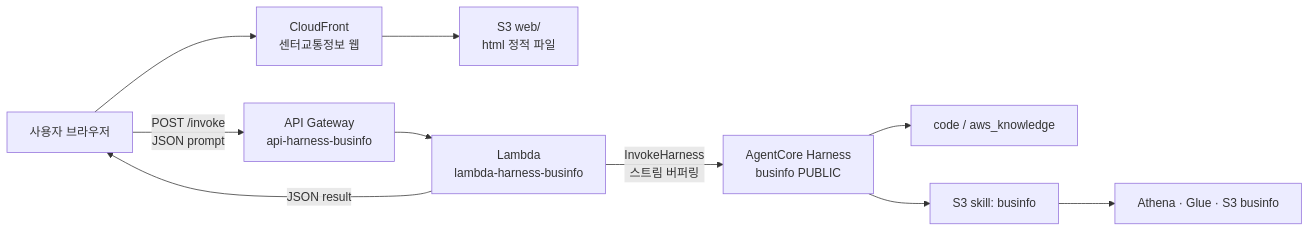
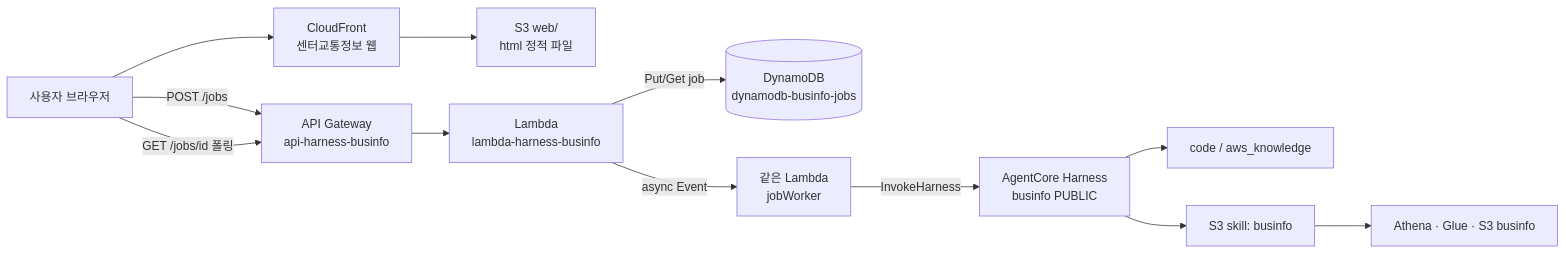
One commit to kyopark2014/data-analytics-for-businfo changed the third of 3 diagrams in README.md. Above: the diagram before and after it, drawn with Mermaid. The commit also changed other lines of this file and 7 other files, not shown here.

First line of the commit message:
Use async jobs API to avoid API Gateway 29s timeout on analytics queries.

````diff
--- a/README.md
+++ b/README.md
@@ -111,12 +165,14 @@
 ```mermaid
 flowchart LR
   User["사용자 브라우저"] --> CF["CloudFront<br/>센터교통정보 웹"]
   CF --> S3Web["S3 web/<br/>html 정적 파일"]
-  User -->|"POST /invoke<br/>JSON prompt"| APIGW["API Gateway<br/>api-harness-businfo"]
+  User -->|"POST /jobs"| APIGW["API Gateway<br/>api-harness-businfo"]
+  User -->|"GET /jobs/id 폴링"| APIGW
   APIGW --> LambdaH["Lambda<br/>lambda-harness-businfo"]
-  LambdaH -->|"InvokeHarness<br/>스트림 버퍼링"| Harness["AgentCore Harness<br/>businfo PUBLIC"]
+  LambdaH -->|"Put/Get job"| Jobs[("DynamoDB<br/>dynamodb-businfo-jobs")]
+  LambdaH -->|"async Event"| Worker["같은 Lambda<br/>jobWorker"]
+  Worker -->|"InvokeHarness"| Harness["AgentCore Harness<br/>businfo PUBLIC"]
   Harness --> Tools["code / aws_knowledge"]
   Harness --> Skill["S3 skill: businfo"]
   Skill --> Data["Athena · Glue · S3 businfo"]
-  LambdaH -->|"JSON result"| User
 ```
````
